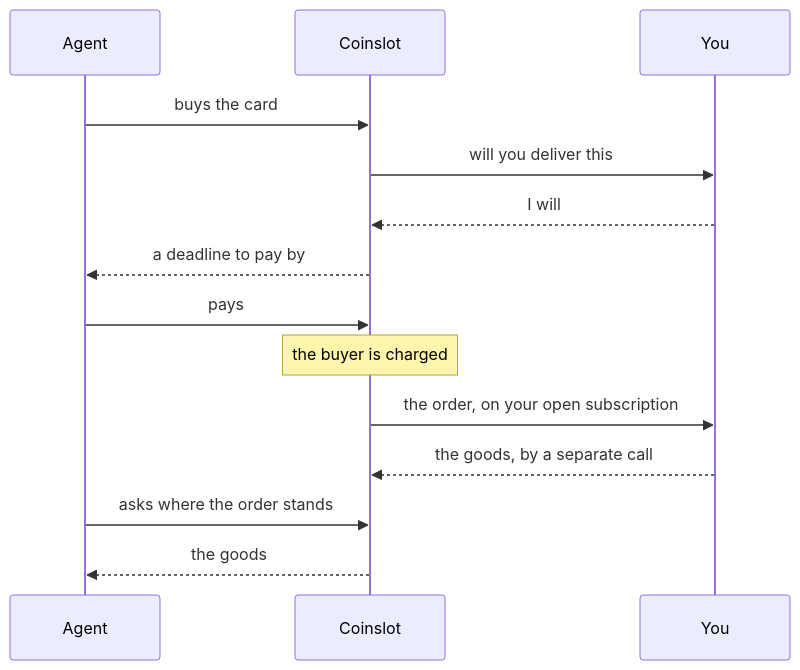
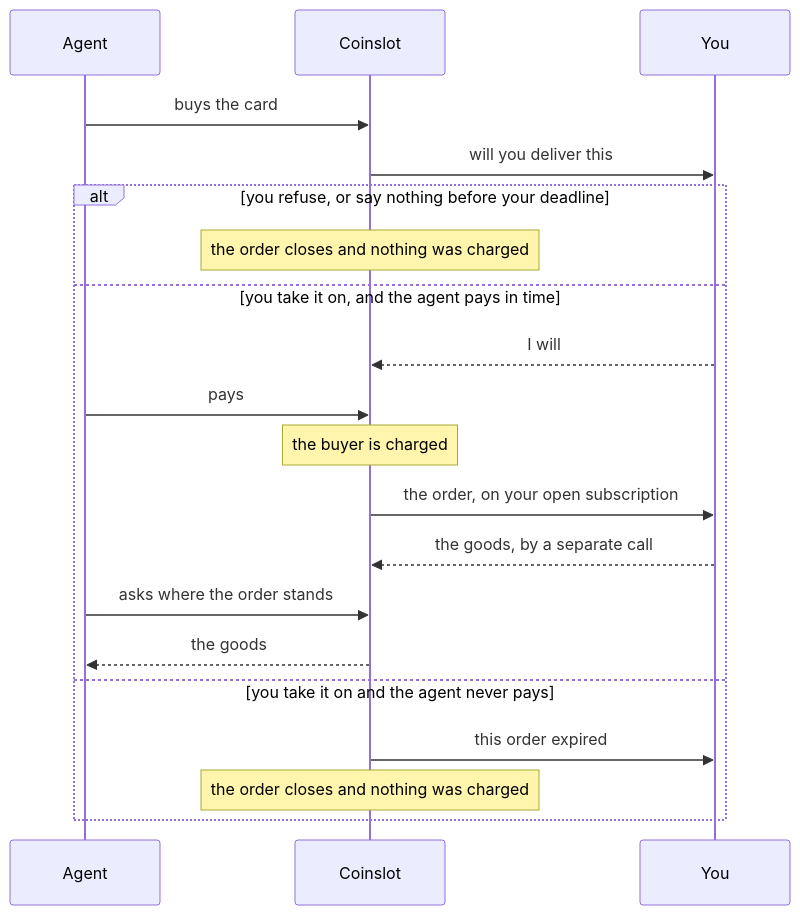
One commit to aftercard/agentify changed the third of 3 diagrams in portal/orders.md. Above: the diagram before and after it, drawn with Mermaid. The commit also changed other lines of this file and 1 other file, not shown here.

````diff
--- a/portal/orders.md
+++ b/portal/orders.md
@@ -89,16 +90,22 @@
 ```mermaid
 sequenceDiagram
     participant A as Agent
     participant C as Coinslot
     participant Y as You
     A->>C: buys the card
     C->>Y: will you deliver this
-    Y-->>C: I will
-    C-->>A: a deadline to pay by
-    A->>C: pays
-    Note over C: the buyer is charged
-    C->>Y: the order, on your open subscription
-    Y-->>C: the goods, by a separate call
-    A->>C: asks where the order stands
-    C-->>A: the goods
+    alt you refuse, or say nothing before your deadline
+        Note over C: the order closes and nothing was charged
+    else you take it on, and the agent pays in time
+        Y-->>C: I will
+        A->>C: pays
+        Note over C: the buyer is charged
+        C->>Y: the order, on your open subscription
+        Y-->>C: the goods, by a separate call
+        A->>C: asks where the order stands
+        C-->>A: the goods
+    else you take it on and the agent never pays
+        C->>Y: this order expired
+        Note over C: the order closes and nothing was charged
+    end
 ```
````
